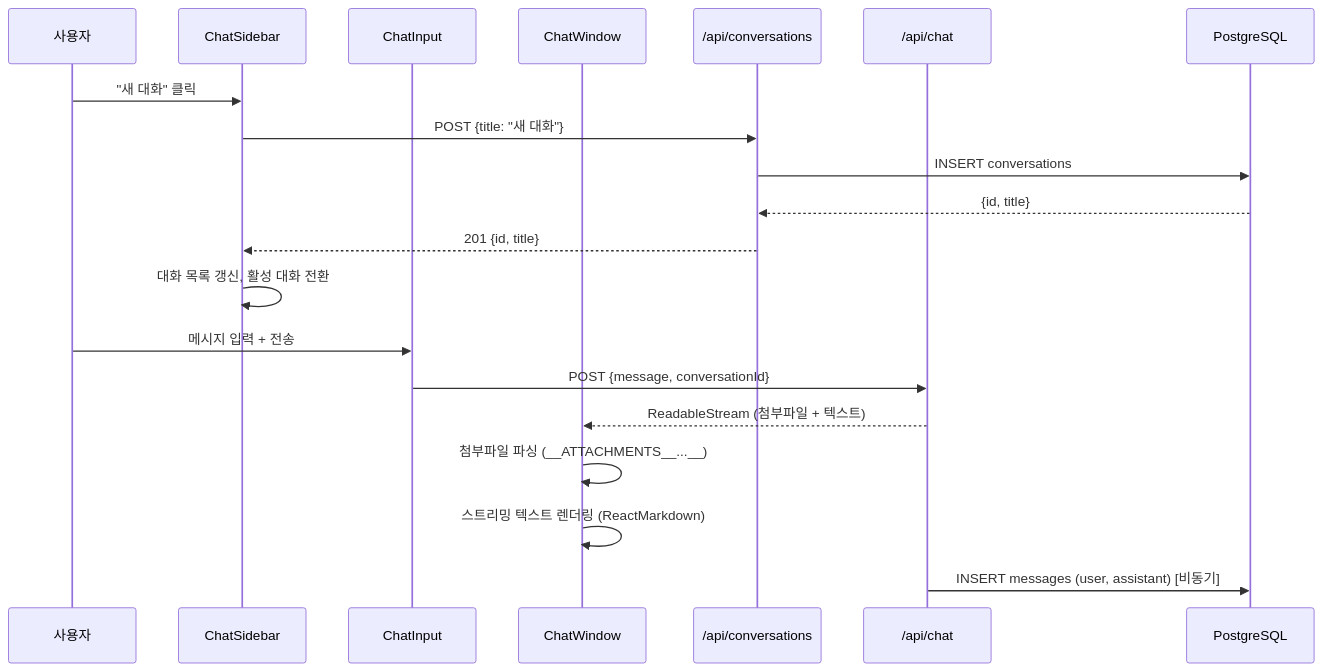
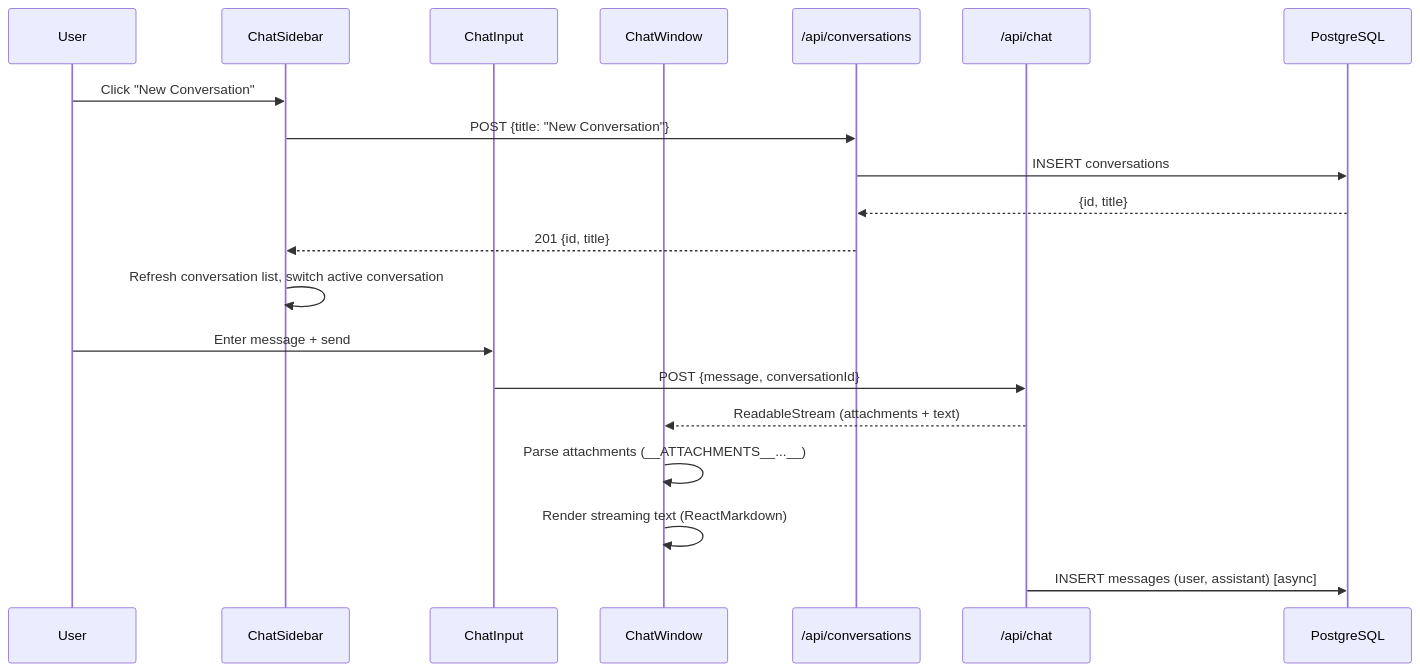
Before and after one commit to midasol/gemini-embedding-2: the ninth of 12 diagrams in docs/ko/ARCHITECTURE.md, drawn with Mermaid. The commit also changed other lines of this file and 17 other files, not shown here.

````diff
--- a/docs/ko/ARCHITECTURE.md
+++ b/docs/ko/ARCHITECTURE.md
@@ -409,26 +409,26 @@
 ```mermaid
 sequenceDiagram
-    participant User as 사용자
+    participant User as User
     participant Sidebar as ChatSidebar
     participant Input as ChatInput
     participant Window as ChatWindow
     participant ConvAPI as /api/conversations
     participant ChatAPI as /api/chat
     participant DB as PostgreSQL
 
-    User->>Sidebar: "새 대화" 클릭
-    Sidebar->>ConvAPI: POST {title: "새 대화"}
+    User->>Sidebar: Click "New Conversation"
+    Sidebar->>ConvAPI: POST {title: "New Conversation"}
     ConvAPI->>DB: INSERT conversations
     DB-->>ConvAPI: {id, title}
     ConvAPI-->>Sidebar: 201 {id, title}
-    Sidebar->>Sidebar: 대화 목록 갱신, 활성 대화 전환
+    Sidebar->>Sidebar: Refresh conversation list, switch active conversation
 
-    User->>Input: 메시지 입력 + 전송
+    User->>Input: Enter message + send
     Input->>ChatAPI: POST {message, conversationId}
-    ChatAPI-->>Window: ReadableStream (첨부파일 + 텍스트)
+    ChatAPI-->>Window: ReadableStream (attachments + text)
 
-    Window->>Window: 첨부파일 파싱 (__ATTACHMENTS__...__)
-    Window->>Window: 스트리밍 텍스트 렌더링 (ReactMarkdown)
+    Window->>Window: Parse attachments (__ATTACHMENTS__...__)
+    Window->>Window: Render streaming text (ReactMarkdown)
 
-    ChatAPI->>DB: INSERT messages (user, assistant) [비동기]
+    ChatAPI->>DB: INSERT messages (user, assistant) [async]
 ```
````
